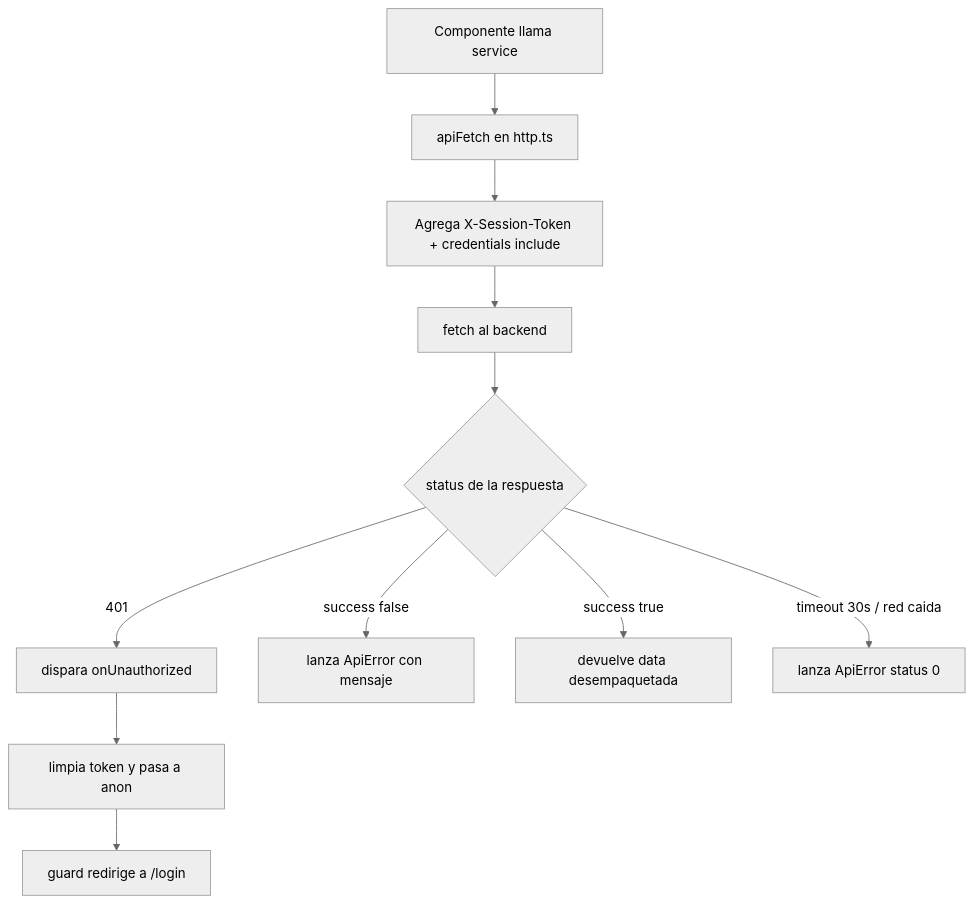
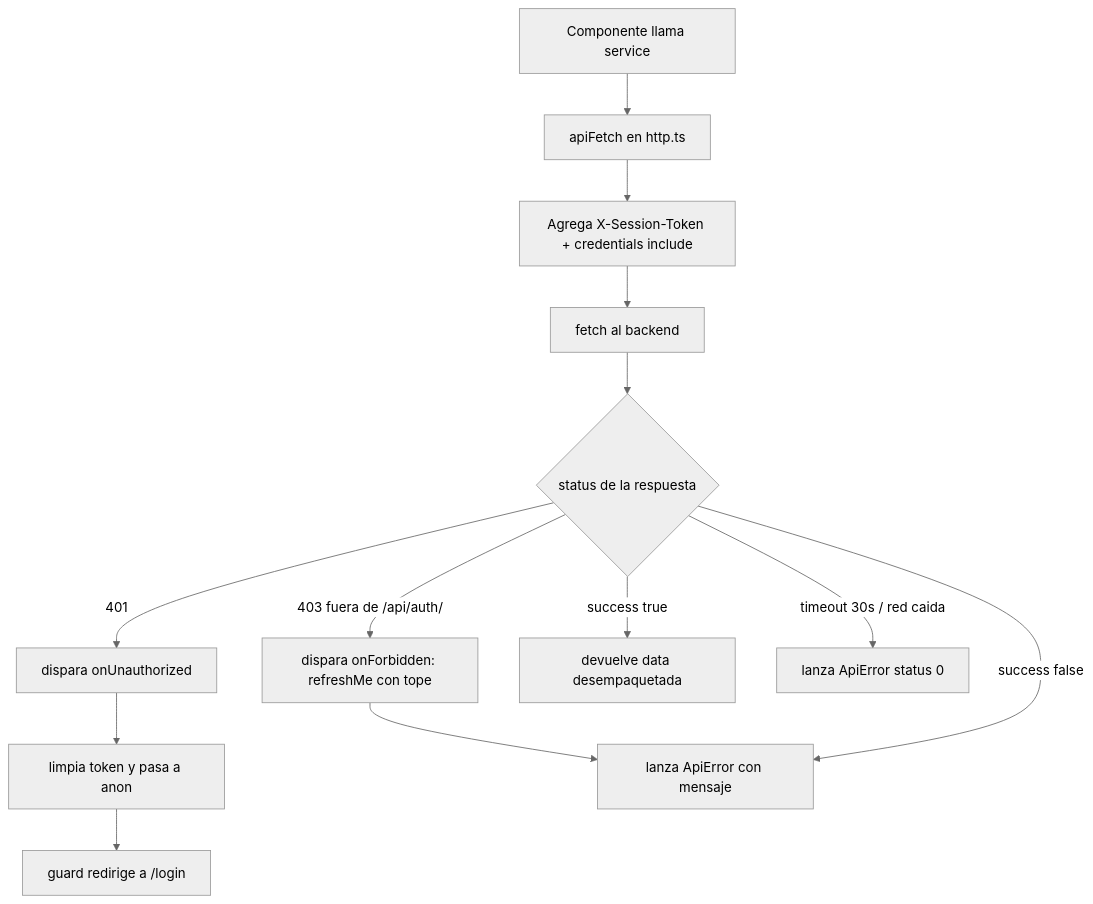
One commit to Carlosmps97/web-data-model-hub changed the third of 5 diagrams in doc/seguridad.md. Above: the diagram before and after it, drawn with Mermaid (neutral theme). The commit also changed other lines of this file and 209 other files, not shown here.

````diff
--- a/doc/seguridad.md
+++ b/doc/seguridad.md
@@ -185,13 +219,15 @@
 ```mermaid
 flowchart TD
     A[Componente llama service] --> B[apiFetch en http.ts]
     B --> C[Agrega X-Session-Token + credentials include]
     C --> D[fetch al backend]
     D --> E{status de la respuesta}
     E -->|401| F[dispara onUnauthorized]
     F --> G[limpia token y pasa a anon]
     G --> H[guard redirige a /login]
+    E -->|403 fuera de /api/auth/| FB[dispara onForbidden: refreshMe con tope]
+    FB --> I
     E -->|success false| I[lanza ApiError con mensaje]
     E -->|success true| J[devuelve data desempaquetada]
     E -->|timeout 30s / red caida| K[lanza ApiError status 0]
 ```
````
